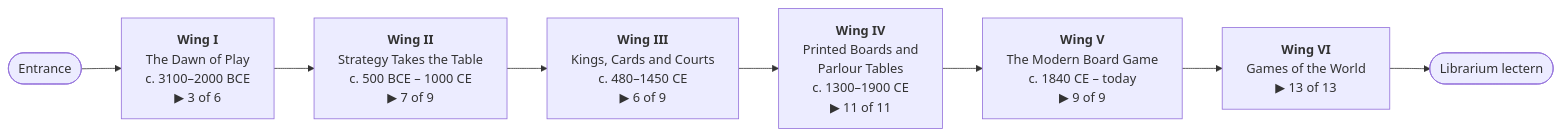
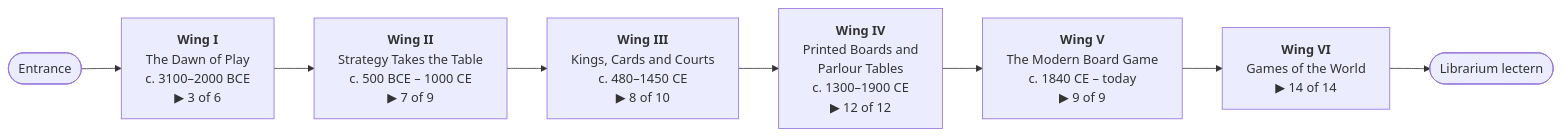
One commit to CptNope/Librarium-Archives changed the first of 2 diagrams in README.md. Above: the diagram before and after it, drawn with Mermaid. The commit also changed other lines of this file and 14 other files, not shown here.

````diff
--- a/README.md
+++ b/README.md
@@ -15,10 +15,10 @@
 ```mermaid
 flowchart LR
     E([Entrance]) --> W1
     W1["<b>Wing I</b><br/>The Dawn of Play<br/>c. 3100–2000 BCE<br/>▶ 3 of 6"] --> W2
     W2["<b>Wing II</b><br/>Strategy Takes the Table<br/>c. 500 BCE – 1000 CE<br/>▶ 7 of 9"] --> W3
-    W3["<b>Wing III</b><br/>Kings, Cards and Courts<br/>c. 480–1450 CE<br/>▶ 6 of 9"] --> W4
-    W4["<b>Wing IV</b><br/>Printed Boards and<br/>Parlour Tables<br/>c. 1300–1900 CE<br/>▶ 11 of 11"] --> W5
+    W3["<b>Wing III</b><br/>Kings, Cards and Courts<br/>c. 480–1450 CE<br/>▶ 8 of 10"] --> W4
+    W4["<b>Wing IV</b><br/>Printed Boards and<br/>Parlour Tables<br/>c. 1300–1900 CE<br/>▶ 12 of 12"] --> W5
     W5["<b>Wing V</b><br/>The Modern Board Game<br/>c. 1840 CE – today<br/>▶ 9 of 9"] --> W6
-    W6["<b>Wing VI</b><br/>Games of the World<br/>▶ 13 of 13"] --> L([Librarium lectern])
+    W6["<b>Wing VI</b><br/>Games of the World<br/>▶ 14 of 14"] --> L([Librarium lectern])
 ```
````
